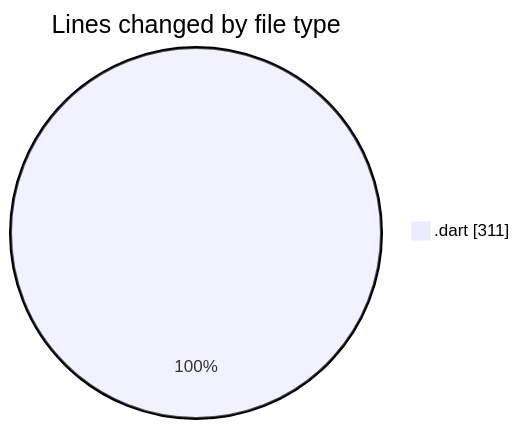
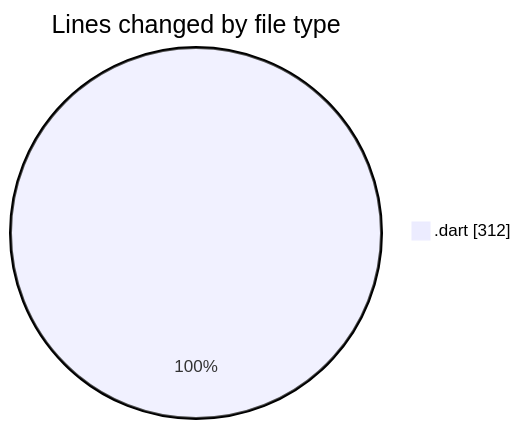
One commit to donsfak/code-tracking changed the first of 2 diagrams in 2025-01-24/trackers_app/README.md. Above: the diagram before and after it, drawn with Mermaid. The commit also changed other lines of this file and 1 other file, not shown here.

````diff
--- a/2025-01-24/trackers_app/README.md
+++ b/2025-01-24/trackers_app/README.md
@@ -22,5 +22,5 @@
 ```mermaid
 pie showData
 title Lines changed by file type
-".dart" : 311
+".dart" : 312
 ```
````
